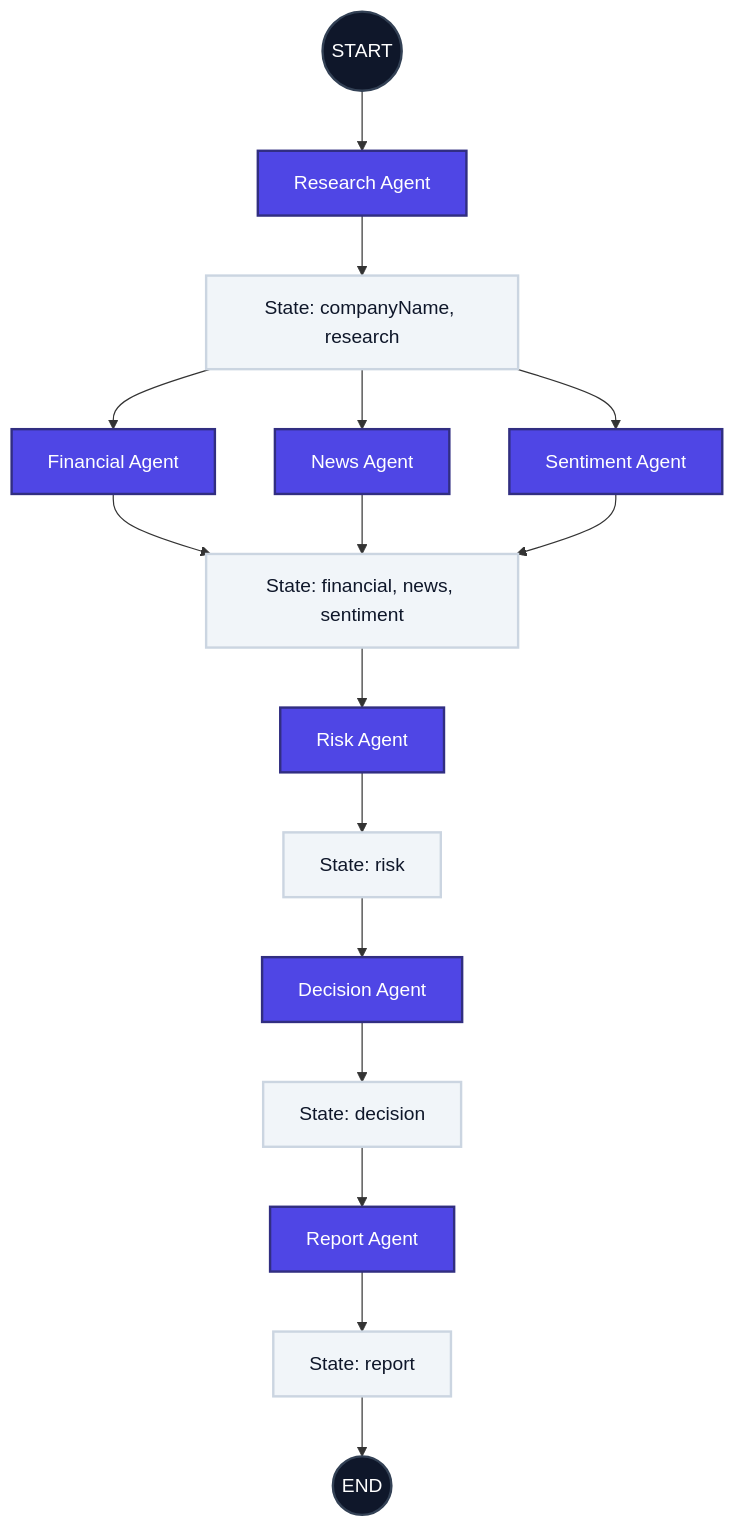
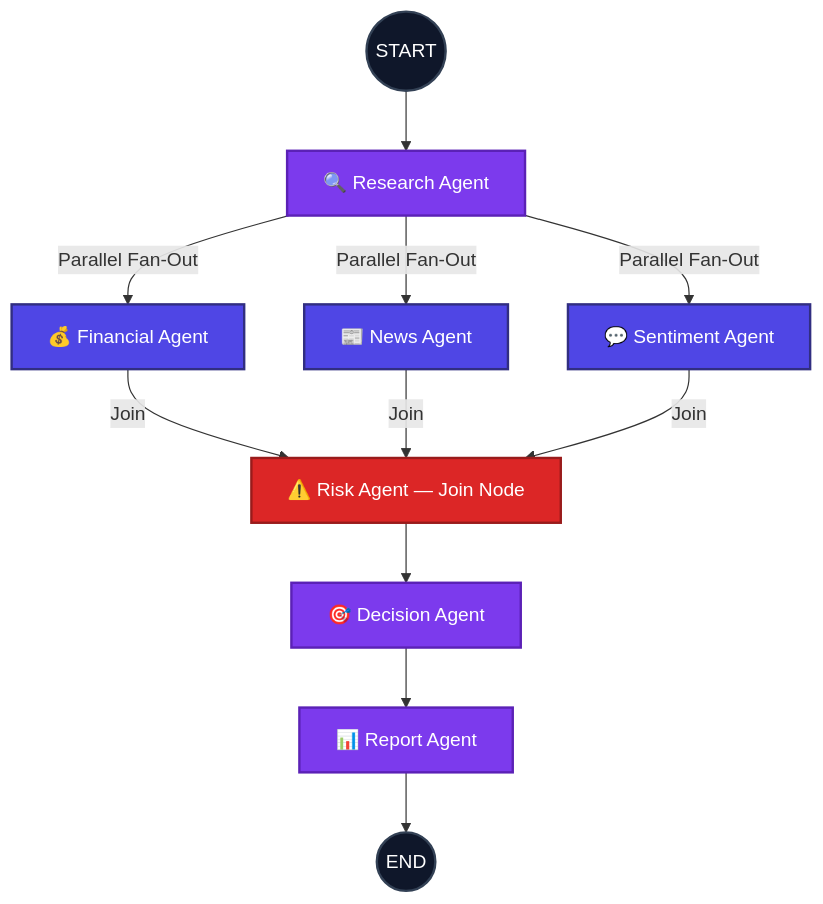
One commit to PavanKalyan1430/INVEST-IQ-INVESTMENT-RESEARCH-AGENT- changed the third of 6 diagrams in README.md. Above: the diagram before and after it, drawn with Mermaid. The commit also changed other lines of this file, not shown here.

````diff
--- a/README.md
+++ b/README.md
@@ -151,49 +455,32 @@
 ```mermaid
 graph TD
-    classDef startEnd fill:#0f172a,stroke:#334155,stroke-width:2px,color:#fff;
-    classDef agent fill:#4f46e5,stroke:#312e81,stroke-width:2px,color:#fff;
-    classDef state fill:#f1f5f9,stroke:#cbd5e1,stroke-width:2px,color:#0f172a;
+    classDef start fill:#0f172a,stroke:#334155,color:#fff,stroke-width:2px
+    classDef parallel fill:#4f46e5,stroke:#312e81,color:#fff,stroke-width:2px
+    classDef sequential fill:#7c3aed,stroke:#5b21b6,color:#fff,stroke-width:2px
+    classDef join fill:#dc2626,stroke:#991b1b,color:#fff,stroke-width:2px
 
-    START((START)):::startEnd
+    START((START)):::start
+    R[🔍 Research Agent]:::sequential
     
-    R[Research Agent]:::agent
-    State1[State: companyName, research]:::state
+    F[💰 Financial Agent]:::parallel
+    N[📰 News Agent]:::parallel
+    S[💬 Sentiment Agent]:::parallel
     
-    F[Financial Agent]:::agent
-    N[News Agent]:::agent
-    S[Sentiment Agent]:::agent
-    State2[State: financial, news, sentiment]:::state
-    
-    Risk[Risk Agent]:::agent
-    State3[State: risk]:::state
-    
-    D[Decision Agent]:::agent
-    State4[State: decision]:::state
-    
-    Rep[Report Agent]:::agent
-    State5[State: report]:::state
-    
-    END((END)):::startEnd
+    Risk[⚠️ Risk Agent — Join Node]:::join
+    D[🎯 Decision Agent]:::sequential
+    Rep[📊 Report Agent]:::sequential
+    END((END)):::start
 
     START --> R
-    R --> State1
+    R -->|"Parallel Fan-Out"| F
+    R -->|"Parallel Fan-Out"| N
+    R -->|"Parallel Fan-Out"| S
     
-    State1 --> F
-    State1 --> N
-    State1 --> S
+    F -->|"Join"| Risk
+    N -->|"Join"| Risk
+    S -->|"Join"| Risk
     
-    F --> State2
-    N --> State2
-    S --> State2
-    
-    State2 --> Risk
-    Risk --> State3
-    
-    State3 --> D
-    D --> State4
-    
-    State4 --> Rep
-    Rep --> State5
-    
-    State5 --> END
+    Risk --> D
+    D --> Rep
+    Rep --> END
 ```
````
